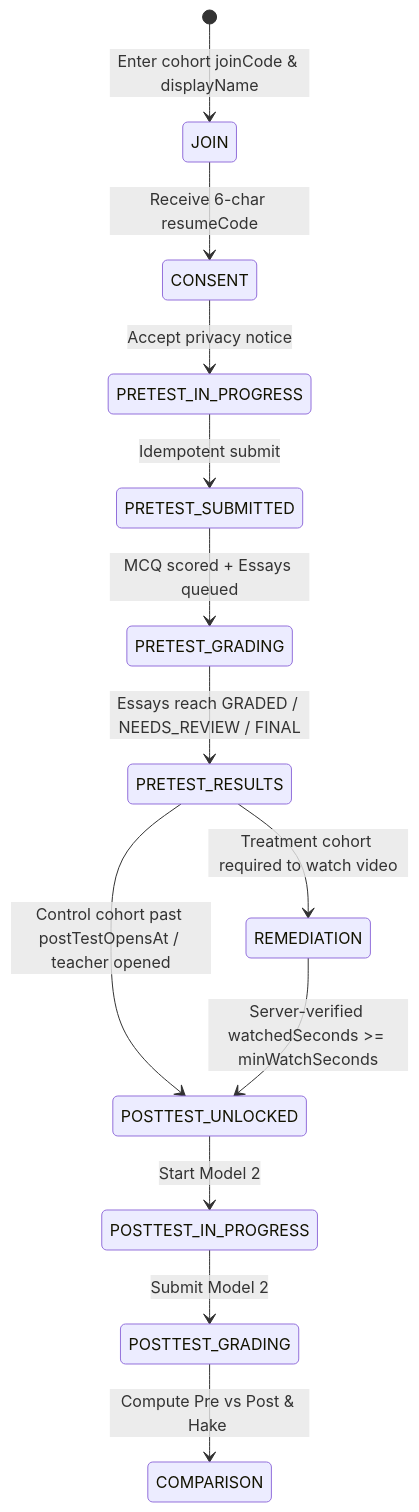
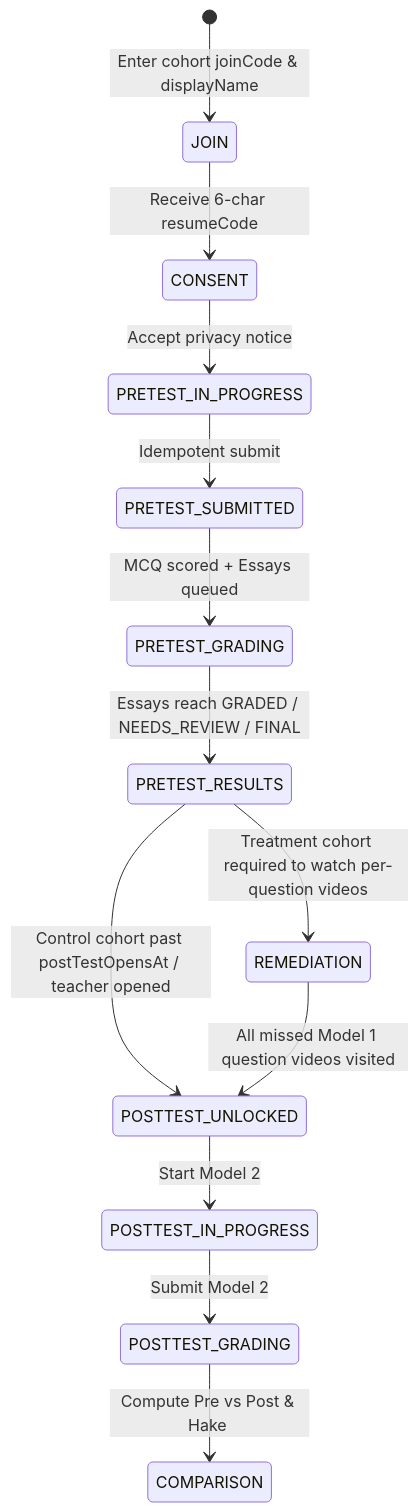
The second of 3 diagrams in docs/ARCHITECTURE.md (MahmoudSaad1307/MathSolver_GP), drawn with Mermaid before and after one commit. The commit also changed 46 other files, not shown here.

Commit message:
feat(video): replace topic video and timestamps with per-question explanation videos

````diff
--- a/docs/ARCHITECTURE.md
+++ b/docs/ARCHITECTURE.md
@@ -24,15 +24,15 @@
 ```mermaid
 stateDiagram-v2
   [*] --> JOIN: Enter cohort joinCode & displayName
   JOIN --> CONSENT: Receive 6-char resumeCode
   CONSENT --> PRETEST_IN_PROGRESS: Accept privacy notice
   PRETEST_IN_PROGRESS --> PRETEST_SUBMITTED: Idempotent submit
   PRETEST_SUBMITTED --> PRETEST_GRADING: MCQ scored + Essays queued
   PRETEST_GRADING --> PRETEST_RESULTS: Essays reach GRADED / NEEDS_REVIEW / FINAL
-  PRETEST_RESULTS --> REMEDIATION: Treatment cohort required to watch video
+  PRETEST_RESULTS --> REMEDIATION: Treatment cohort required to watch per-question videos
   PRETEST_RESULTS --> POSTTEST_UNLOCKED: Control cohort past postTestOpensAt / teacher opened
-  REMEDIATION --> POSTTEST_UNLOCKED: Server-verified watchedSeconds >= minWatchSeconds
+  REMEDIATION --> POSTTEST_UNLOCKED: All missed Model 1 question videos visited
   POSTTEST_UNLOCKED --> POSTTEST_IN_PROGRESS: Start Model 2
   POSTTEST_IN_PROGRESS --> POSTTEST_GRADING: Submit Model 2
   POSTTEST_GRADING --> COMPARISON: Compute Pre vs Post & Hake <g>
 ```
````
